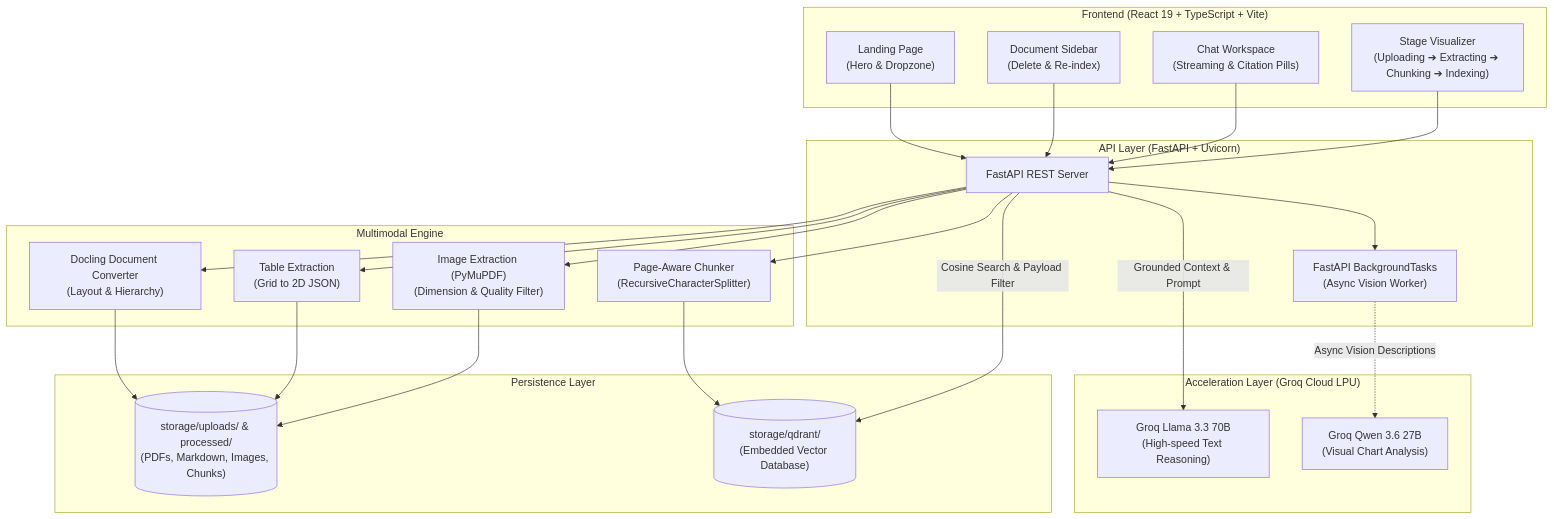
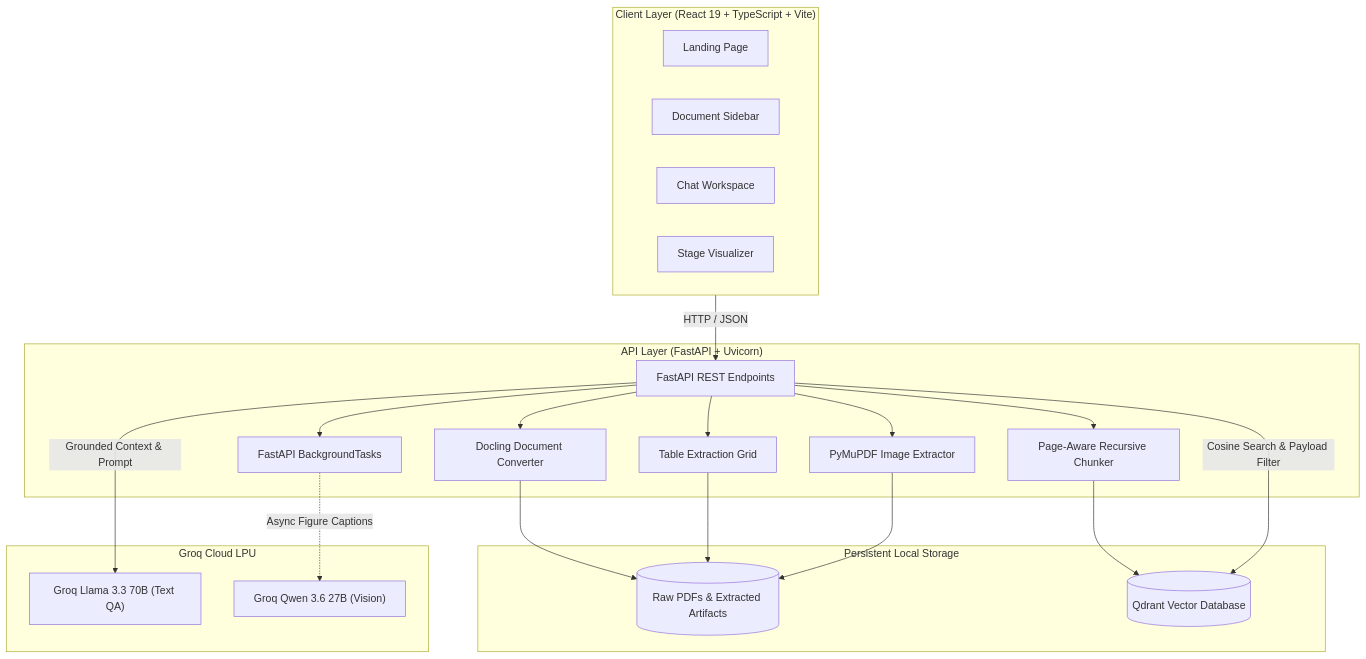
Before and after one commit to Aayushh910/Anuvaad-AI: the diagram in README.md, drawn with Mermaid. The commit also changed other lines of this file and 12 other files, not shown here.

Commit message:
docs: add comprehensive system architecture and workflow specification document alongside UI screenshots

````diff
--- a/README.md
+++ b/README.md
@@ -55,51 +85,44 @@
 ```mermaid
-graph TB
-    subgraph Frontend_Client ["Frontend (React 19 + TypeScript + Vite)"]
-        Landing["Landing Page\n(Hero & Dropzone)"]
-        Sidebar["Document Sidebar\n(Delete & Re-index)"]
-        Chat["Chat Workspace\n(Streaming & Citation Pills)"]
-        StageCard["Stage Visualizer\n(Uploading ➔ Extracting ➔ Chunking ➔ Indexing)"]
+flowchart TD
+    subgraph Client ["Client Layer (React 19 + TypeScript + Vite)"]
+        Landing["Landing Page"]
+        Sidebar["Document Sidebar"]
+        Chat["Chat Workspace"]
+        StageCard["Stage Visualizer"]
     end
 
-    subgraph Backend_Gateway ["API Layer (FastAPI + Uvicorn)"]
-        API["FastAPI REST Server"]
-        BG["FastAPI BackgroundTasks\n(Async Vision Worker)"]
+    subgraph Backend ["API Layer (FastAPI + Uvicorn)"]
+        API["FastAPI REST Endpoints"]
+        Docling["Docling Document Converter"]
+        TableExt["Table Extraction Grid"]
+        ImgExt["PyMuPDF Image Extractor"]
+        Chunker["Page-Aware Recursive Chunker"]
+        BG["FastAPI BackgroundTasks"]
     end
 
-    subgraph Ingestion_Engine ["Multimodal Engine"]
-        Docling["Docling Document Converter\n(Layout & Hierarchy)"]
-        TableExt["Table Extraction\n(Grid to 2D JSON)"]
-        ImgExt["Image Extraction (PyMuPDF)\n(Dimension & Quality Filter)"]
-        Chunker["Page-Aware Chunker\n(RecursiveCharacterSplitter)"]
+    subgraph Storage ["Persistent Local Storage"]
+        DiskStore[("Raw PDFs & Extracted Artifacts")]
+        QdrantStore[("Qdrant Vector Database")]
     end
 
-    subgraph Storage_Layer ["Persistence Layer"]
-        Disk[("storage/uploads/ & processed/\n(PDFs, Markdown, Images, Chunks)")]
-        Qdrant[("storage/qdrant/\n(Embedded Vector Database)")]
+    subgraph AICloud ["Groq Cloud LPU"]
+        Groq_LLM["Groq Llama 3.3 70B (Text QA)"]
+        Groq_Vision["Groq Qwen 3.6 27B (Vision)"]
     end
 
-    subgraph AI_Cloud ["Acceleration Layer (Groq Cloud LPU)"]
-        Groq_LLM["Groq Llama 3.3 70B\n(High-speed Text Reasoning)"]
-        Groq_Vision["Groq Qwen 3.6 27B\n(Visual Chart Analysis)"]
-    end
-
-    Landing --> API
-    Sidebar --> API
-    Chat --> API
-    StageCard --> API
-
+    Client -->|HTTP / JSON| API
     API --> Docling
     API --> TableExt
     API --> ImgExt
     API --> Chunker
     API --> BG
 
-    Chunker --> Qdrant
-    Docling --> Disk
-    TableExt --> Disk
-    ImgExt --> Disk
+    Chunker --> QdrantStore
+    Docling --> DiskStore
+    TableExt --> DiskStore
+    ImgExt --> DiskStore
 
-    BG -.->|Async Vision Descriptions| Groq_Vision
-    API -->|Cosine Search & Payload Filter| Qdrant
+    BG -.->|Async Figure Captions| Groq_Vision
+    API -->|Cosine Search & Payload Filter| QdrantStore
     API -->|Grounded Context & Prompt| Groq_LLM
 ```
````
